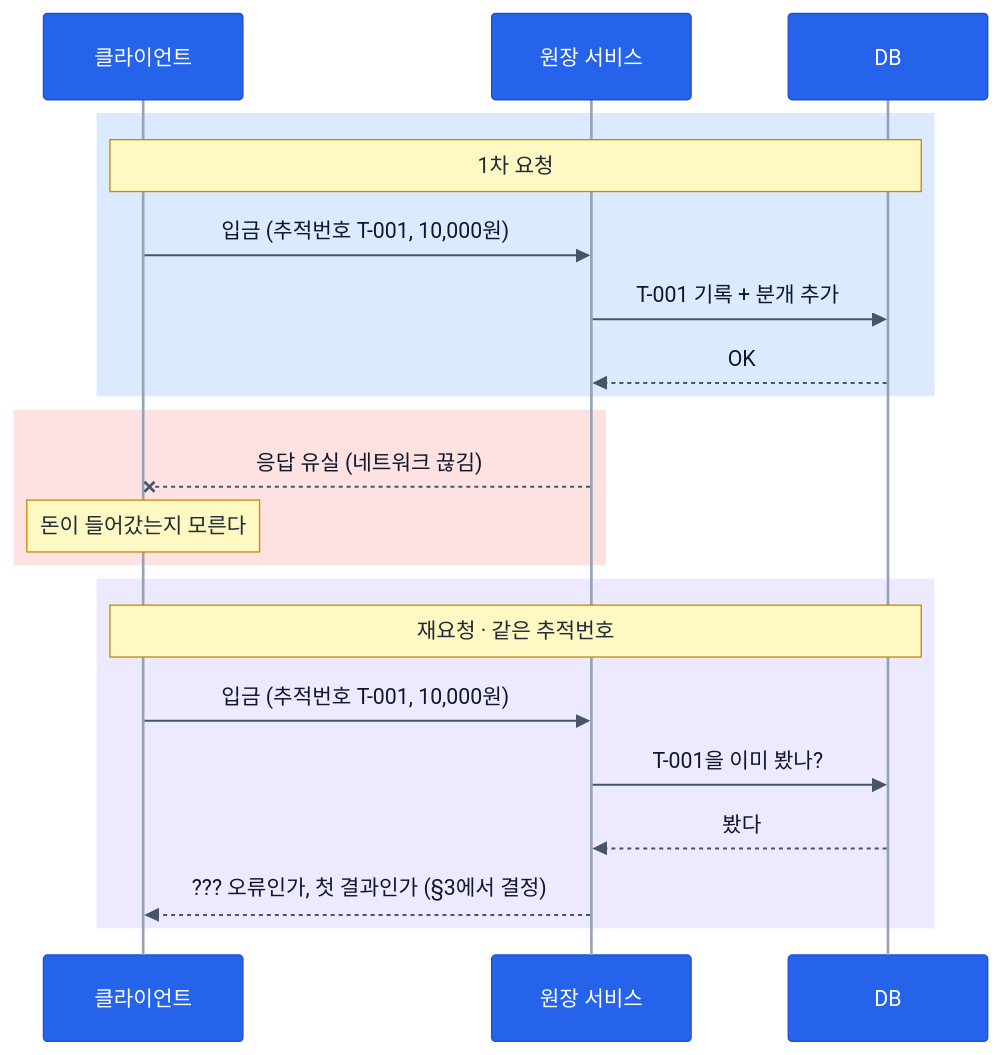
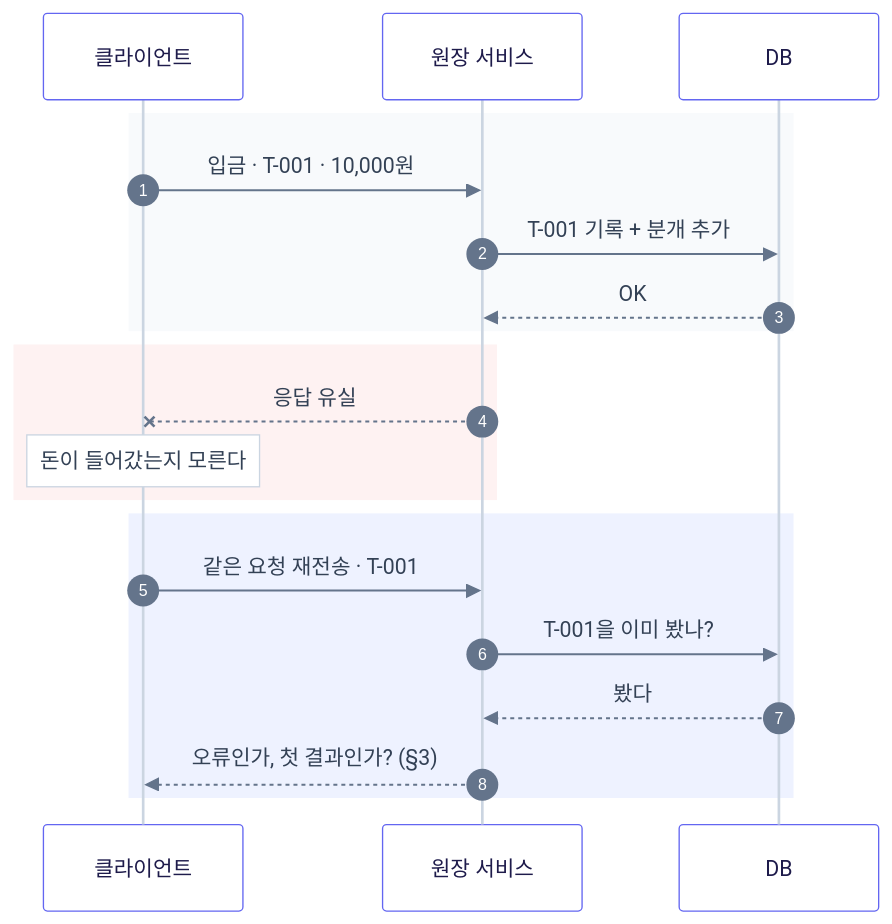
One commit to CCAFY/core-banking changed the fifth of 7 diagrams in docs/primer.md. Above: the diagram before and after it, drawn with Mermaid. The commit also changed other lines of this file, not shown here.

````diff
--- a/docs/primer.md
+++ b/docs/primer.md
@@ -147,27 +127,26 @@
 ```mermaid
-%%{init: {"theme": "base", "themeVariables": {"actorBkg": "#2563EB", "actorBorder": "#1D4ED8", "actorTextColor": "#FFFFFF", "actorLineColor": "#94A3B8", "signalColor": "#475569", "signalTextColor": "#0F172A", "noteBkgColor": "#FEF9C3", "noteBorderColor": "#CA8A04", "noteTextColor": "#1F2937", "labelBoxBkgColor": "#7C3AED", "labelTextColor": "#FFFFFF"}}}%%
+%%{init: {"theme": "base", "themeVariables": {"fontSize": "14px", "actorBkg": "#FFFFFF", "actorBorder": "#6366F1", "actorTextColor": "#1E1B4B", "actorLineColor": "#CBD5E1", "signalColor": "#64748B", "signalTextColor": "#334155", "noteBkgColor": "#FFFFFF", "noteBorderColor": "#CBD5E1", "noteTextColor": "#334155", "sequenceNumberColor": "#FFFFFF"}}}%%
 sequenceDiagram
+    autonumber
     participant C as 클라이언트
     participant L as 원장 서비스
     participant D as DB
 
-    rect rgb(219, 234, 254)
-        Note over C,D: 1차 요청
-        C->>L: 입금 (추적번호 T-001, 10,000원)
+    rect rgb(248, 250, 252)
+        C->>L: 입금 · T-001 · 10,000원
         L->>D: T-001 기록 + 분개 추가
         D-->>L: OK
     end
 
-    rect rgb(254, 226, 226)
-        L--xC: 응답 유실 (네트워크 끊김)
+    rect rgb(254, 242, 242)
+        L--xC: 응답 유실
         Note over C: 돈이 들어갔는지 모른다
     end
 
-    rect rgb(237, 233, 254)
-        Note over C,D: 재요청 · 같은 추적번호
-        C->>L: 입금 (추적번호 T-001, 10,000원)
+    rect rgb(238, 242, 255)
+        C->>L: 같은 요청 재전송 · T-001
         L->>D: T-001을 이미 봤나?
         D-->>L: 봤다
-        L-->>C: ??? 오류인가, 첫 결과인가 (§3에서 결정)
+        L-->>C: 오류인가, 첫 결과인가? (§3)
     end
 ```
````
